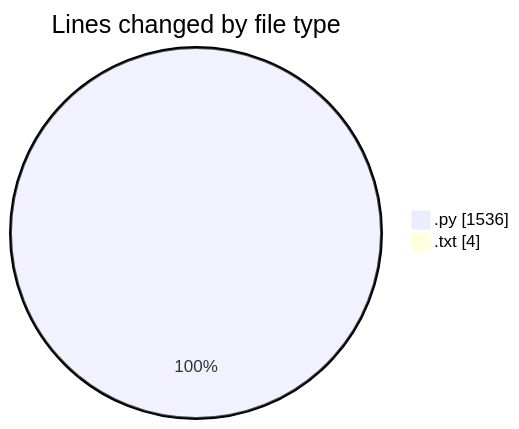
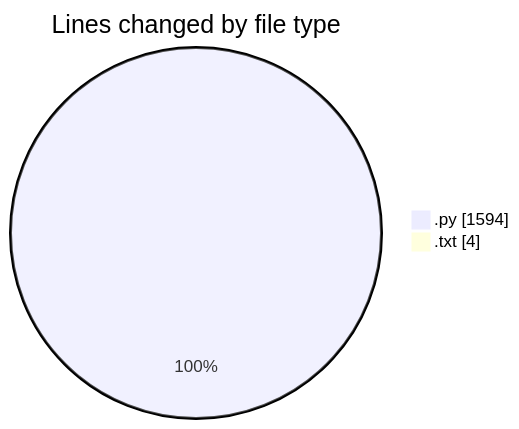
Before and after one commit to CELIANVF/code-tracking: the first of 2 diagrams in 2025-06-01/video_app/README.md, drawn with Mermaid. The commit also changed other lines of this file and 1 other file, not shown here.

````diff
--- a/2025-06-01/video_app/README.md
+++ b/2025-06-01/video_app/README.md
@@ -26,6 +26,6 @@
 ```mermaid
 pie showData
 title Lines changed by file type
-".py" : 1536
+".py" : 1594
 ".txt" : 4
 ```
````
